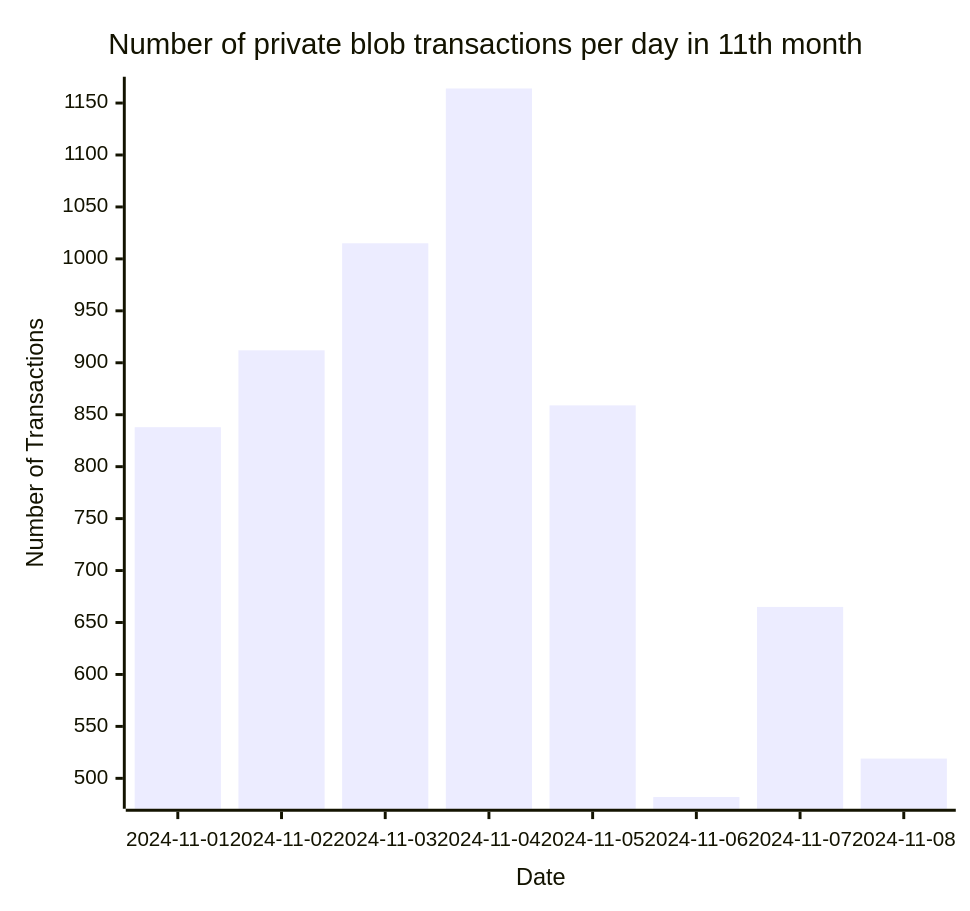
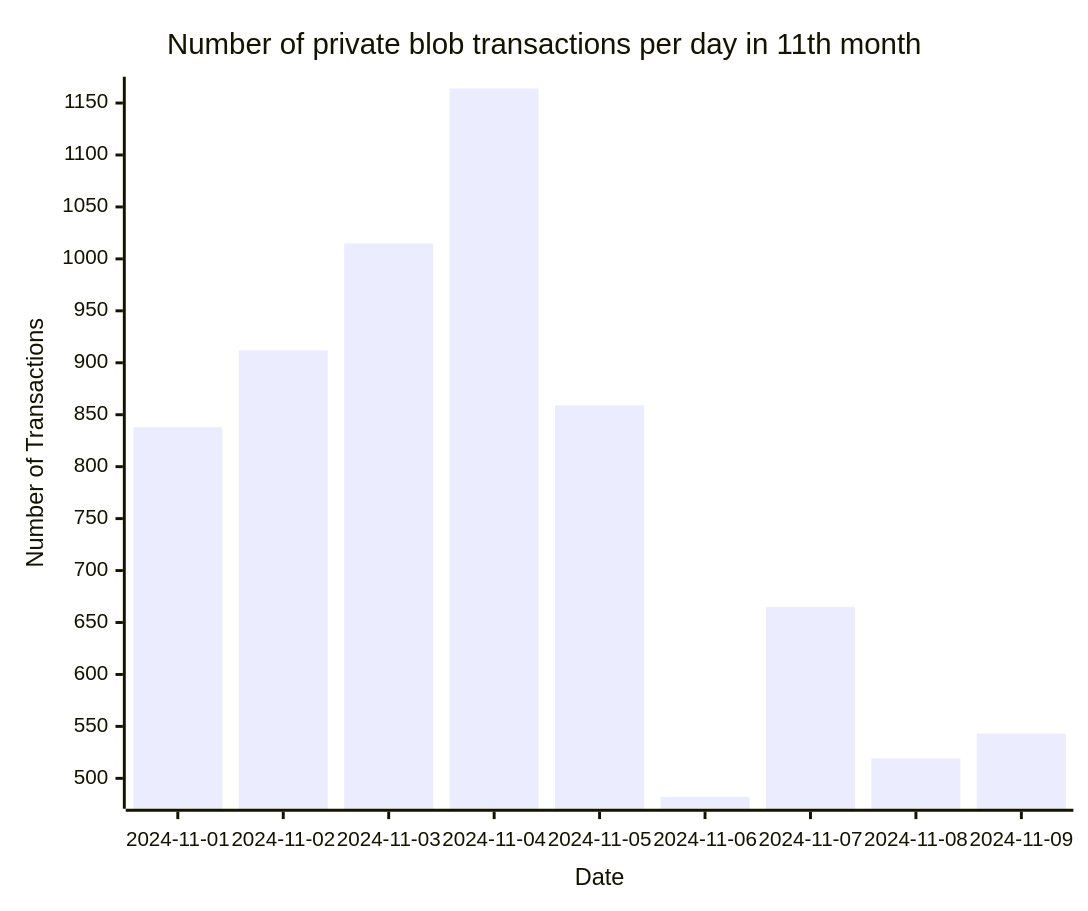
Before and after one commit to Amit0617/eip4844-data: the ninth of 9 diagrams in README.md, drawn with Mermaid. The commit also changed 1 other file, not shown here.

````diff
--- a/README.md
+++ b/README.md
@@ -105,12 +105,12 @@
 ```mermaid
 ---
 config:
     xyChart:
-        width: 640
+        width: 720
         height: 600
 ---
 xychart-beta title "Number of private blob transactions per day in 11th month"
-x-axis "Date" [2024-11-01,2024-11-02,2024-11-03,2024-11-04,2024-11-05,2024-11-06,2024-11-07,2024-11-08]
+x-axis "Date" [2024-11-01,2024-11-02,2024-11-03,2024-11-04,2024-11-05,2024-11-06,2024-11-07,2024-11-08,2024-11-09]
 y-axis "Number of Transactions"
-bar[838,912,1015,1164,859,482,665,519]
+bar[838,912,1015,1164,859,482,665,519,543]
 ```
````
